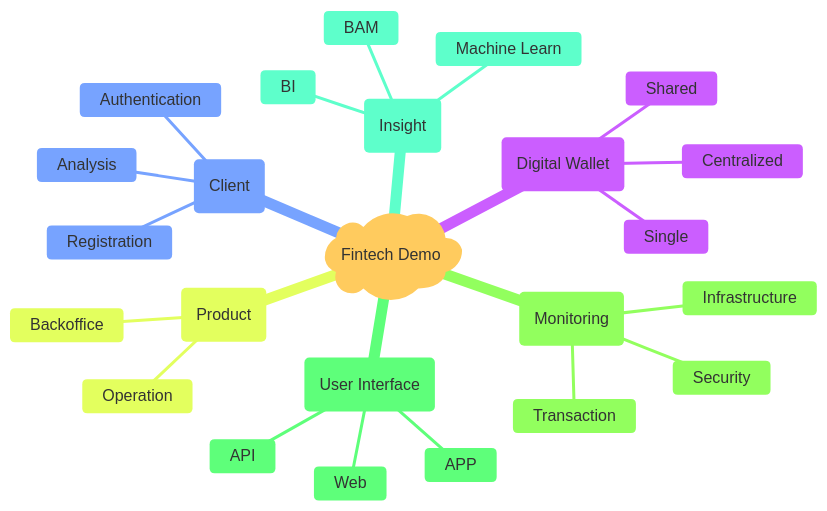
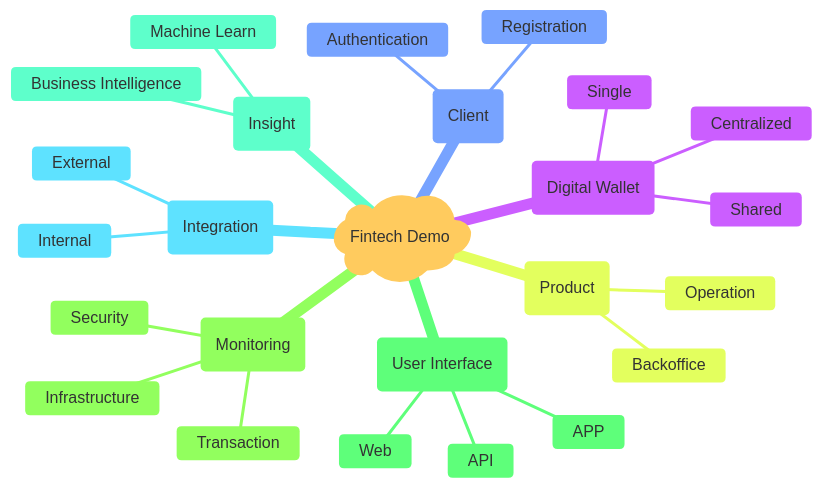
One commit to cowex-demo/codex-demo.github.io changed the diagram in docs/index.md. Above: the diagram before and after it, drawn with Mermaid. The commit also changed other lines of this file and 6 other files, not shown here.

````diff
--- a/docs/index.md
+++ b/docs/index.md
@@ -16,30 +10,31 @@
 ```mermaid
 %%{ init: {'theme': 'base'} }%%
 %%{ init:{'themeCSS':'path { fill: #ffee57 !important; stroke: #b8a500; }; rect { fill: #ffee57 !important; stroke: #b8a500; }; .edge { stroke: #ffee57  !important; }; line { stroke: #b8a500  !important; }; '} }%%
 mindmap
     )Fintech Demo(
         (Digital Wallet)
           Single
           Shared
           Centralized 
         (Client)
           Registration
-          Analysis
           Authentication
         (Product)
           Operation
           Backoffice
         (Monitoring)
           Transaction
           Infrastructure
           Security
         (User Interface)
           APP
           Web
           API 
         (Insight)
           Machine Learn
-          BAM
-          BI
+          Business Intelligence
+        (Integration)
+          Internal
+          External
 
 ```
````
